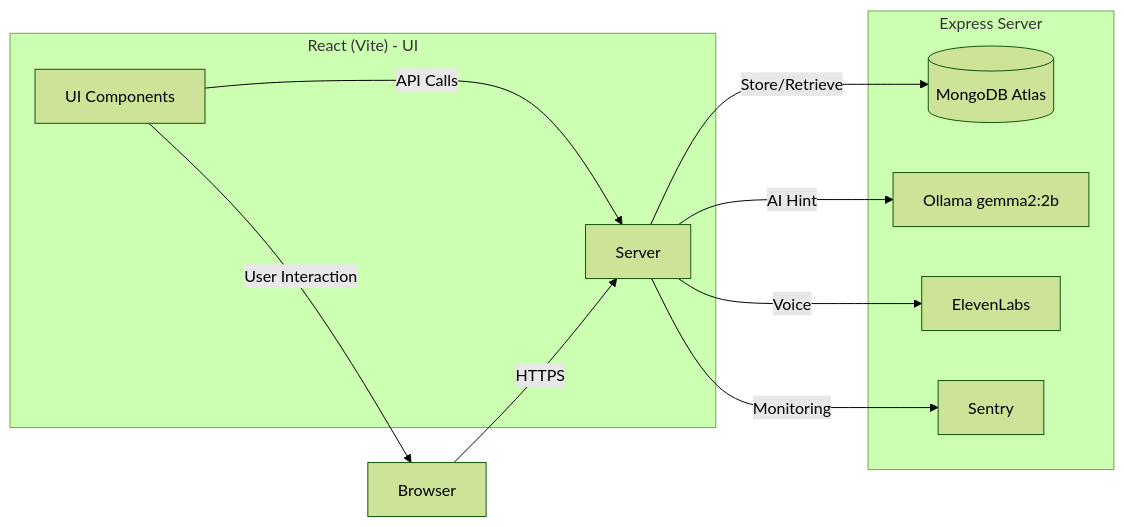
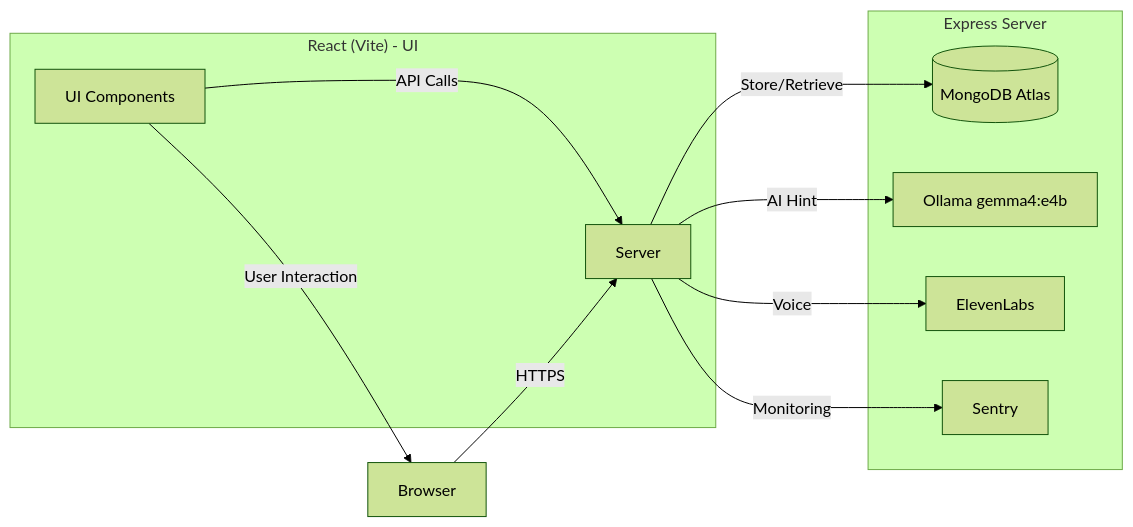
Before and after one commit to priyanshuspatel/LittleTimeMachine: the first of 2 diagrams in README.md, drawn with Mermaid (forest theme). The commit also changed other lines of this file and 10 other files, not shown here.

````diff
--- a/README.md
+++ b/README.md
@@ -35,14 +35,14 @@
 ```mermaid
 flowchart LR
     subgraph Frontend["React (Vite) - UI"]
         UI[UI Components] -->|API Calls| Server
     end
     subgraph Backend["Express Server"]
         Server -->|Store/Retrieve| DB[(MongoDB Atlas)]
-        Server -->|AI Hint| Ollama["Ollama gemma2:2b"]
+        Server -->|AI Hint| Ollama["Ollama gemma4:e4b"]
         Server -->|Voice| Eleven[ElevenLabs]
         Server -->|Monitoring| Sentry
     end
     UI -->|User Interaction| Browser
     Browser -->|HTTPS| Server
 ```
````
